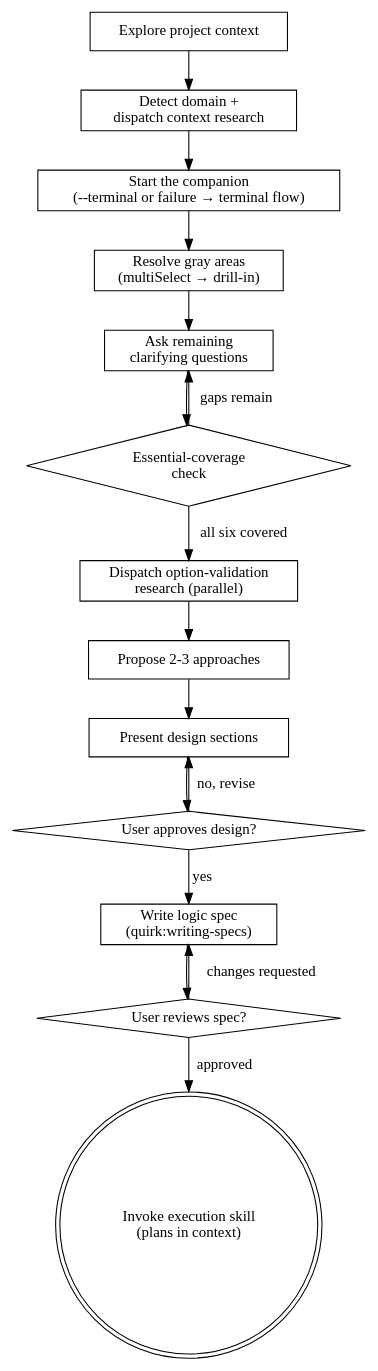
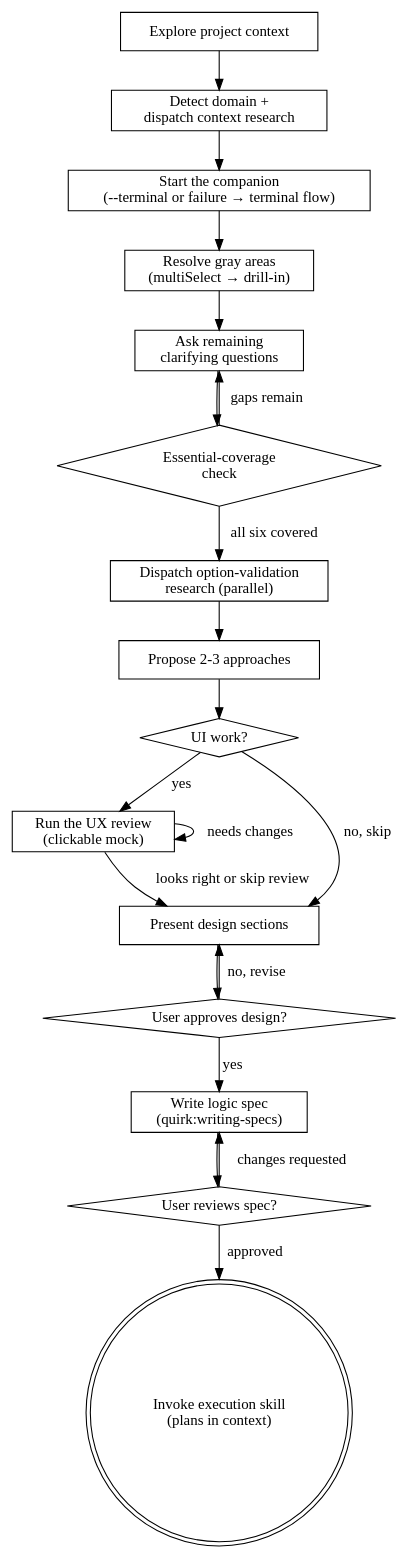
The diagram in skills/brainstorming/SKILL.md (zpyoung/quirk), drawn with Graphviz before and after one commit. The commit also changed other lines of this file and 35 other files, not shown here.

First line of the commit message:
Brainstorming UX review: click through full mocks before the design (#65)

````diff
--- a/skills/brainstorming/SKILL.md
+++ b/skills/brainstorming/SKILL.md
@@ -41,33 +42,39 @@
 ```dot
 digraph brainstorming {
     "Explore project context" [shape=box];
     "Detect domain +\ndispatch context research" [shape=box];
     "Start the companion\n(--terminal or failure → terminal flow)" [shape=box];
     "Resolve gray areas\n(multiSelect → drill-in)" [shape=box];
     "Ask remaining\nclarifying questions" [shape=box];
     "Essential-coverage\ncheck" [shape=diamond];
     "Dispatch option-validation\nresearch (parallel)" [shape=box];
     "Propose 2-3 approaches" [shape=box];
+    "UI work?" [shape=diamond];
+    "Run the UX review\n(clickable mock)" [shape=box];
     "Present design sections" [shape=box];
     "User approves design?" [shape=diamond];
     "Write logic spec\n(quirk:writing-specs)" [shape=box];
     "User reviews spec?" [shape=diamond];
     "Invoke execution skill\n(plans in context)" [shape=doublecircle];
 
     "Explore project context" -> "Detect domain +\ndispatch context research";
     "Detect domain +\ndispatch context research" -> "Start the companion\n(--terminal or failure → terminal flow)";
     "Start the companion\n(--terminal or failure → terminal flow)" -> "Resolve gray areas\n(multiSelect → drill-in)";
     "Resolve gray areas\n(multiSelect → drill-in)" -> "Ask remaining\nclarifying questions";
     "Ask remaining\nclarifying questions" -> "Essential-coverage\ncheck";
     "Essential-coverage\ncheck" -> "Ask remaining\nclarifying questions" [label="gaps remain"];
     "Essential-coverage\ncheck" -> "Dispatch option-validation\nresearch (parallel)" [label="all six covered"];
     "Dispatch option-validation\nresearch (parallel)" -> "Propose 2-3 approaches";
-    "Propose 2-3 approaches" -> "Present design sections";
+    "Propose 2-3 approaches" -> "UI work?";
+    "UI work?" -> "Run the UX review\n(clickable mock)" [label="yes"];
+    "UI work?" -> "Present design sections" [label="no, skip"];
+    "Run the UX review\n(clickable mock)" -> "Run the UX review\n(clickable mock)" [label="needs changes"];
+    "Run the UX review\n(clickable mock)" -> "Present design sections" [label="looks right or skip review"];
     "Present design sections" -> "User approves design?";
     "User approves design?" -> "Present design sections" [label="no, revise"];
     "User approves design?" -> "Write logic spec\n(quirk:writing-specs)" [label="yes"];
     "Write logic spec\n(quirk:writing-specs)" -> "User reviews spec?";
     "User reviews spec?" -> "Write logic spec\n(quirk:writing-specs)" [label="changes requested"];
     "User reviews spec?" -> "Invoke execution skill\n(plans in context)" [label="approved"];
 }
 ```
````
